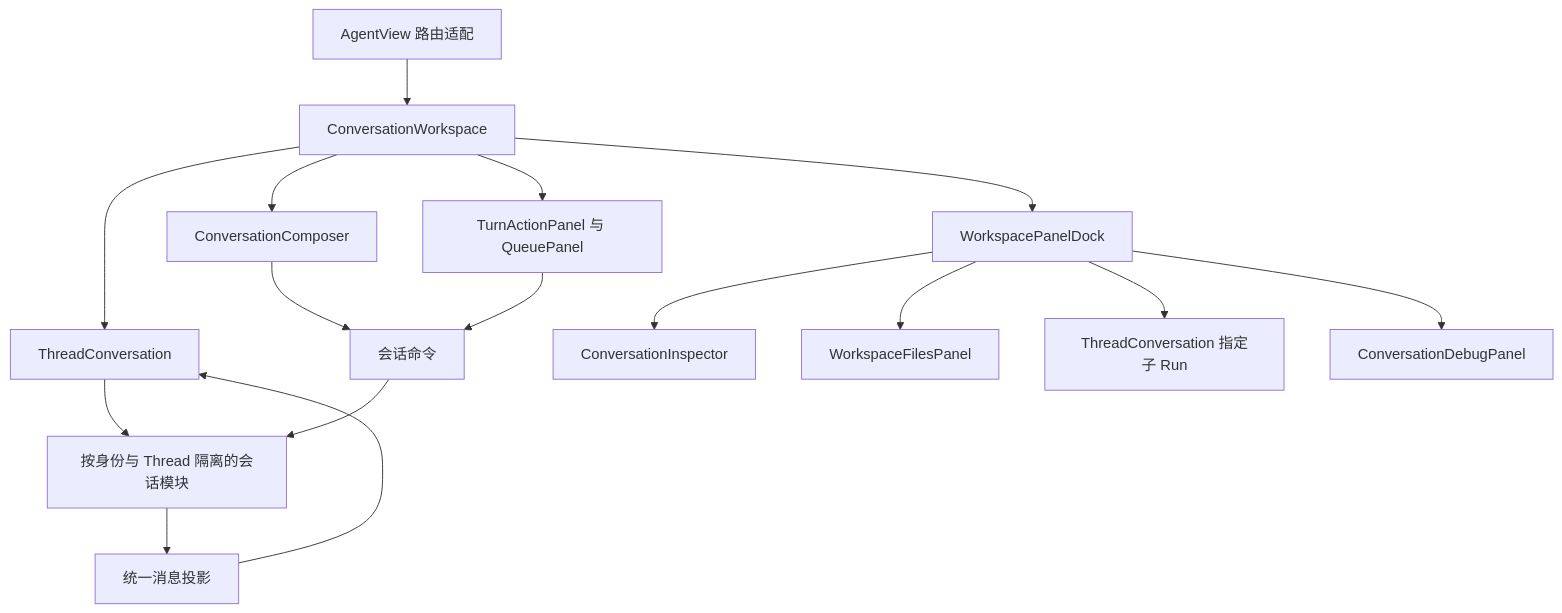
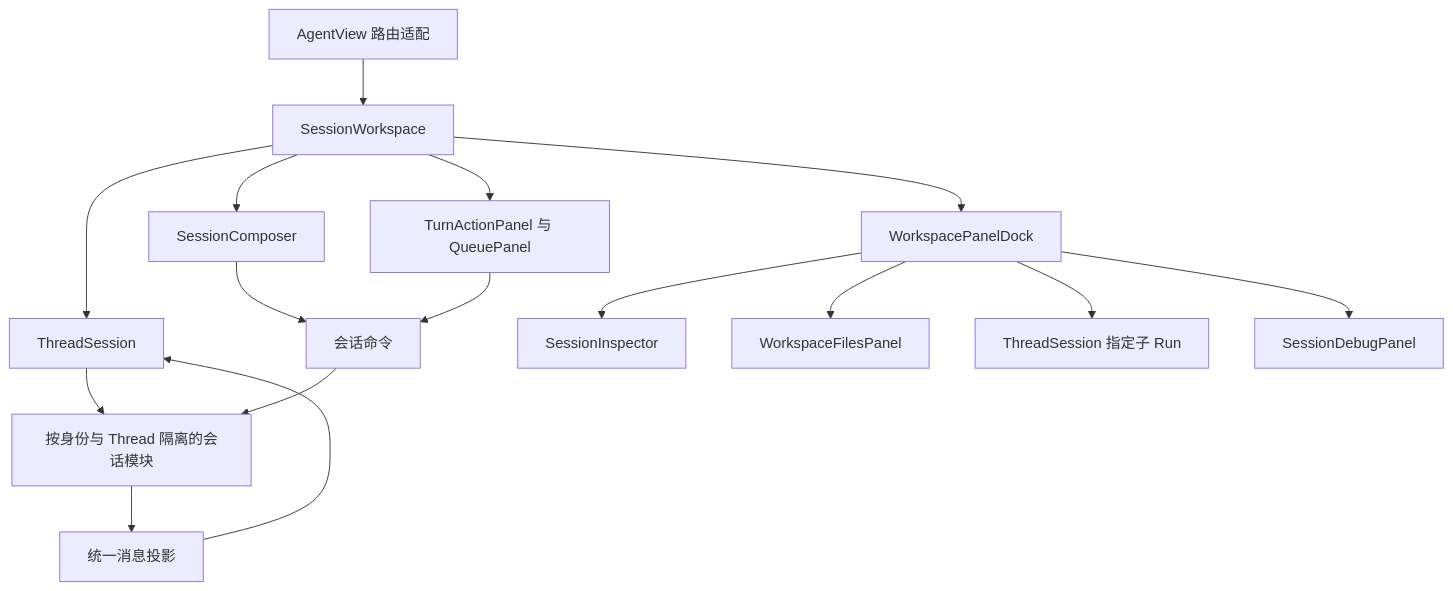
One commit to Yuchuan925/Yuxi changed the second of 2 diagrams in docs/develop-guides/decisions/proposed/2026-09-30-agent-view-frontend-refactor.md. Above: the diagram before and after it, drawn with Mermaid. The commit also changed other lines of this file and 366 other files, not shown here.

Commit message:
refactor: 将 Conversation 统一为 Session 并保留 Thread 语义

````diff
--- a/docs/develop-guides/decisions/proposed/2026-09-30-agent-view-frontend-refactor.md
+++ b/docs/develop-guides/decisions/proposed/2026-09-30-agent-view-frontend-refactor.md
@@ -133,18 +133,18 @@
 ```mermaid
 flowchart TD
-  View[AgentView 路由适配] --> Workspace[ConversationWorkspace]
-  Workspace --> Reader[ThreadConversation]
-  Workspace --> Composer[ConversationComposer]
+  View[AgentView 路由适配] --> Workspace[SessionWorkspace]
+  Workspace --> Reader[ThreadSession]
+  Workspace --> Composer[SessionComposer]
   Workspace --> Actions[TurnActionPanel 与 QueuePanel]
   Workspace --> Dock[WorkspacePanelDock]
   Reader --> Session[按身份与 Thread 隔离的会话模块]
   Composer --> Commands[会话命令]
   Actions --> Commands
   Commands --> Session
   Session --> Projection[统一消息投影]
   Projection --> Reader
-  Dock --> Inspector[ConversationInspector]
+  Dock --> Inspector[SessionInspector]
   Dock --> Files[WorkspaceFilesPanel]
-  Dock --> Child[ThreadConversation 指定子 Run]
-  Dock --> Debug[ConversationDebugPanel]
+  Dock --> Child[ThreadSession 指定子 Run]
+  Dock --> Debug[SessionDebugPanel]
 ```
````
